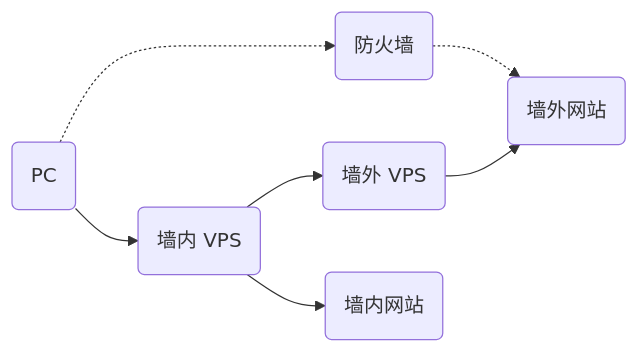
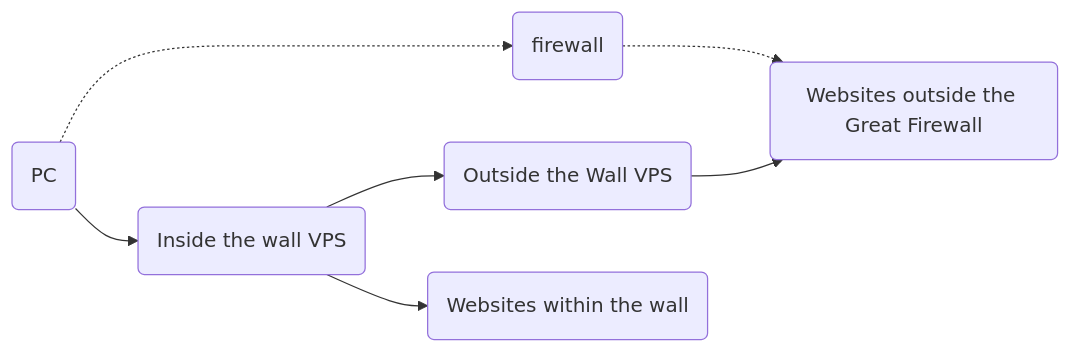
The second of 3 diagrams in docs/en/document/level-1/work.md (XTLS/Xray-docs-next), drawn with Mermaid before and after one commit. The commit also changed other lines of this file, not shown here.

````diff
--- a/docs/en/document/level-1/work.md
+++ b/docs/en/document/level-1/work.md
@@ -22,9 +22,9 @@
 ```mermaid
 graph LR;
-A(PC) -.-> B(防火墙);
-B -.-> C(墙外网站);
-A --> D(墙内 VPS);
-D --> E(墙外 VPS);
+A(PC) -.-> B(firewall);
+B -.-> C(Websites outside the Great Firewall);
+A --> D(Inside the wall VPS);
+D --> E(Outside the Wall VPS);
 E --> C;
-D --> F(墙内网站);
+D --> F(Websites within the wall);
 ```
````
